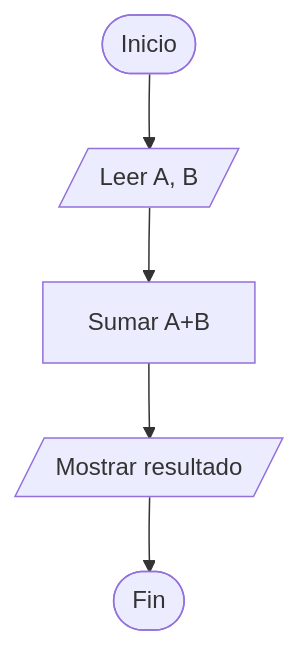
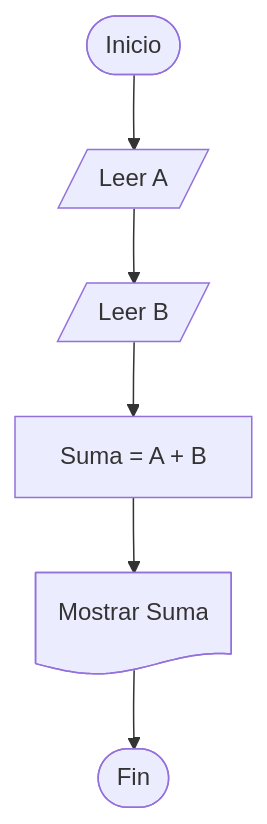
The tenth of 15 diagrams in Tema04_Control/1-instrucciones_control.md (Abel-DB/Algoritmos-programacion), drawn with Mermaid before and after one commit. The commit also changed other lines of this file, not shown here.

````diff
--- a/Tema04_Control/1-instrucciones_control.md
+++ b/Tema04_Control/1-instrucciones_control.md
@@ -131,10 +167,12 @@
-~~~mermaid
+```mermaid
 flowchart TD
+
 A([Inicio])
-B[/Leer A, B/]
-C[Sumar A+B]
-D[/Mostrar resultado/]
-E([Fin])
+B@{ shape: lean-r, label: "Leer A" }
+C@{ shape: lean-r, label: "Leer B" }
+D@{ shape: rect, label: "Suma = A + B" }
+E@{ shape: doc, label: "Mostrar Suma" }
+F([Fin])
 
-A --> B --> C --> D --> E
-~~~
+A --> B --> C --> D --> E --> F
+```
````
